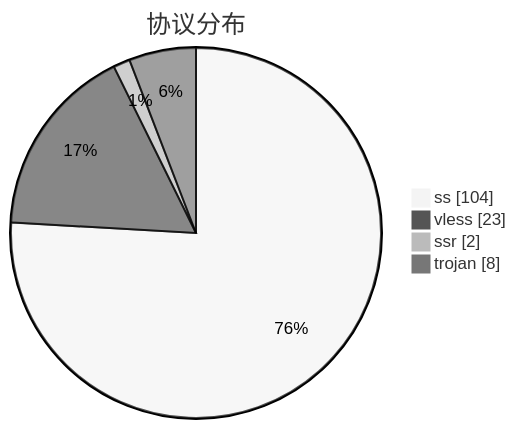
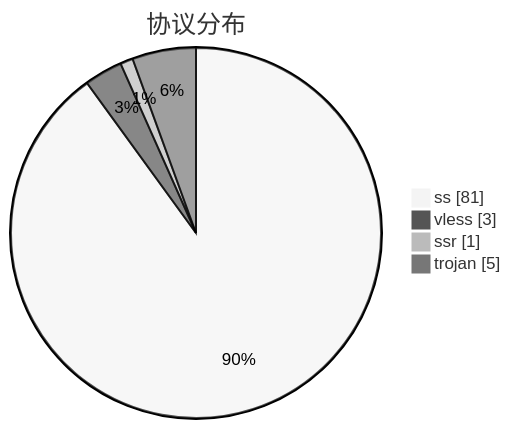
Before and after one commit to qjlxg/airport: the third of 3 diagrams in subs/statistics/tested_within.md, drawn with Mermaid (neutral theme). The commit also changed other lines of this file and 2 other files, not shown here.

````diff
--- a/subs/statistics/tested_within.md
+++ b/subs/statistics/tested_within.md
@@ -32,8 +29,8 @@
 ```mermaid
 pie showData
 title 协议分布
-"ss" : 104
-"vless" : 23
-"ssr" : 2
-"trojan" : 8
+"ss" : 81
+"vless" : 3
+"ssr" : 1
+"trojan" : 5
 ```
````
